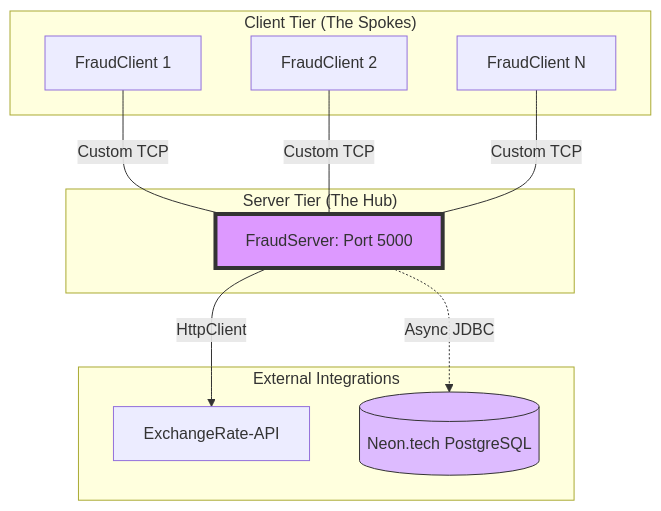
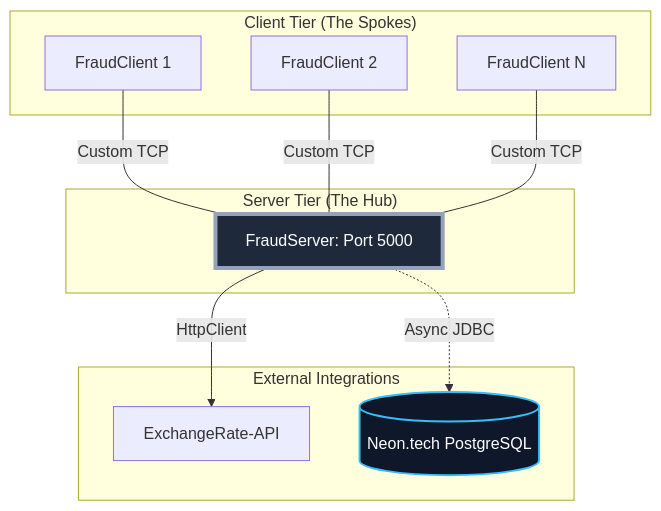
The diagram in readme.md (antoniopopescu218/FraudNet-system), drawn with Mermaid before and after one commit.

Commit message:
Modify styling section for dark theme
Updated styling for dark theme in readme.

````diff
--- a/readme.md
+++ b/readme.md
@@ -10,30 +10,30 @@
 ```mermaid
 graph TD
     %% Define Nodes
     subgraph "Client Tier (The Spokes)"
         C1[FraudClient 1]
         C2[FraudClient 2]
         C3[FraudClient N]
     end
 
     subgraph "Server Tier (The Hub)"
         S[FraudServer: Port 5000]
     end
 
     subgraph "External Integrations"
         API[ExchangeRate-API]
         DB[(Neon.tech PostgreSQL)]
     end
 
     %% Define Connections
     C1 ---|Custom TCP| S
     C2 ---|Custom TCP| S
     C3 ---|Custom TCP| S
 
     S -->|HttpClient| API
     S -.->|Async JDBC| DB
 
-    %% Styling
-    style S fill:#d9f,stroke:#333,stroke-width:4px
-    style DB fill:#dbf,stroke:#333
+    %% Styling - Dark Theme
+    style S fill:#1e293b,stroke:#94a3b8,stroke-width:4px,color:#ffffff
+    style DB fill:#0f172a,stroke:#38bdf8,stroke-width:2px,color:#ffffff
 ```
````
